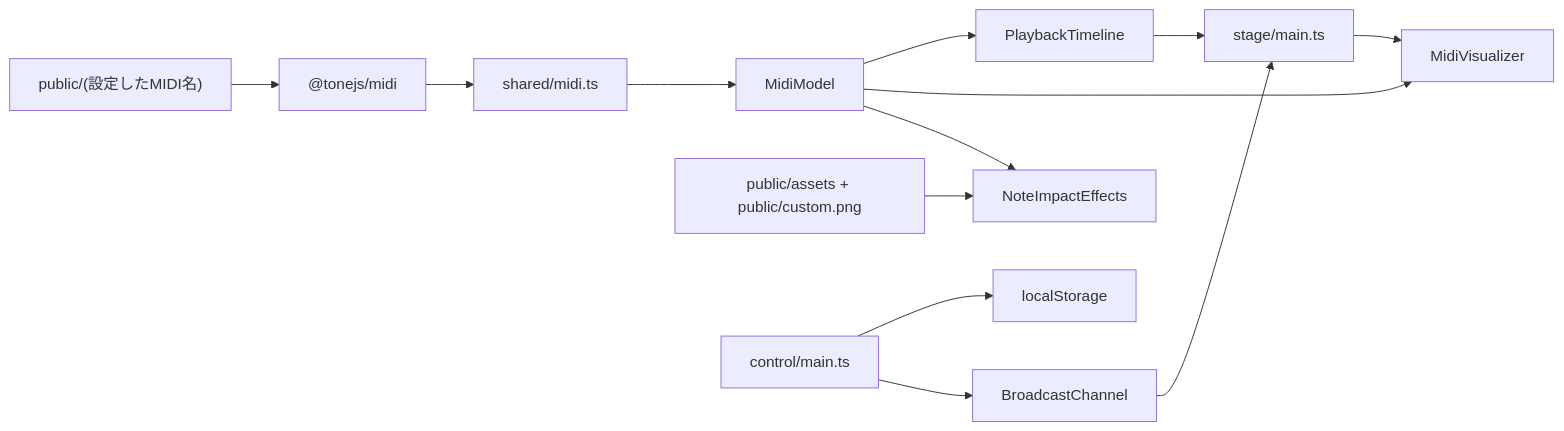
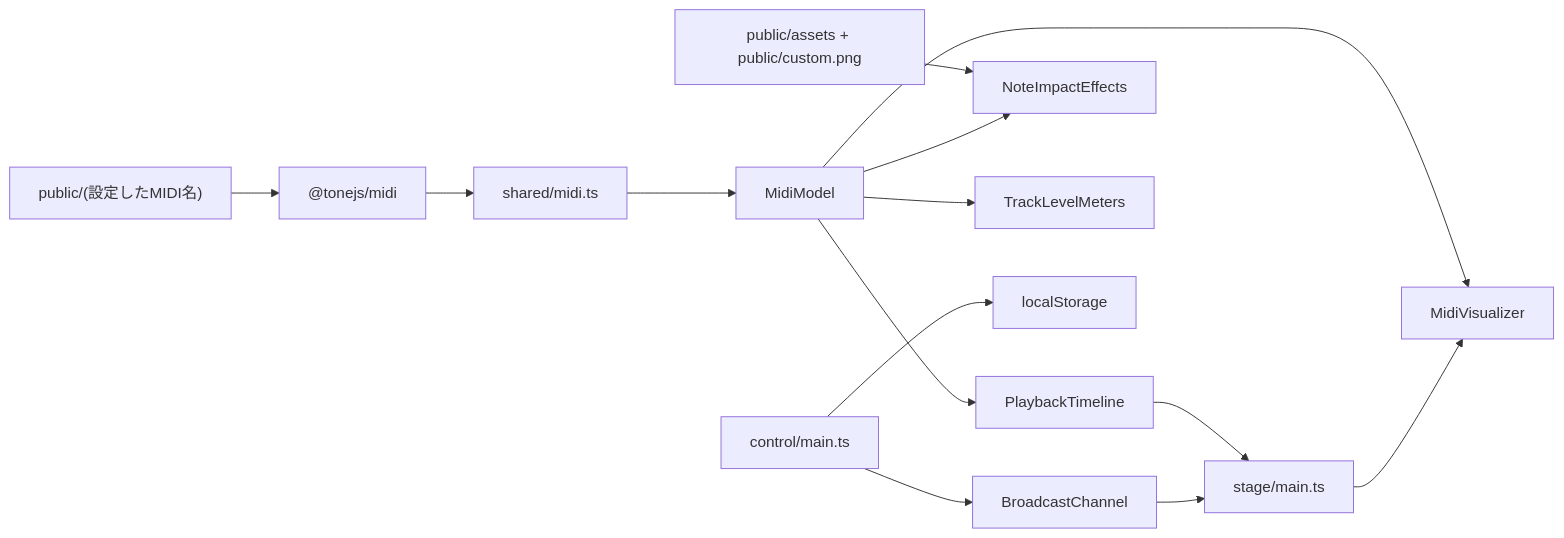
One commit to clockroom/midi2visual changed the first of 2 diagrams in docs/07-architecture.md. Above: the diagram before and after it, drawn with Mermaid. The commit also changed other lines of this file and 15 other files, not shown here.

Commit message:
feat: add track level meters with customizable settings and UI integration

````diff
--- a/docs/07-architecture.md
+++ b/docs/07-architecture.md
@@ -149,15 +164,16 @@
 ```mermaid
 flowchart LR
 	SMF["public/(設定したMIDI名)"] --> Parser["@tonejs/midi"]
 	Parser --> Normalizer["shared/midi.ts"]
 	Normalizer --> Model["MidiModel"]
 	Model --> Timeline["PlaybackTimeline"]
 	Model --> Visualizer["MidiVisualizer"]
 	Assets["public/assets + public/custom.png"] --> Effects["NoteImpactEffects"]
 	Model --> Effects
+	Model --> Meters["TrackLevelMeters"]
 	Timeline --> Stage["stage/main.ts"]
 	Stage --> Visualizer
 	Control["control/main.ts"] --> Storage["localStorage"]
 	Control --> Channel["BroadcastChannel"]
 	Channel --> Stage
 ```
````
